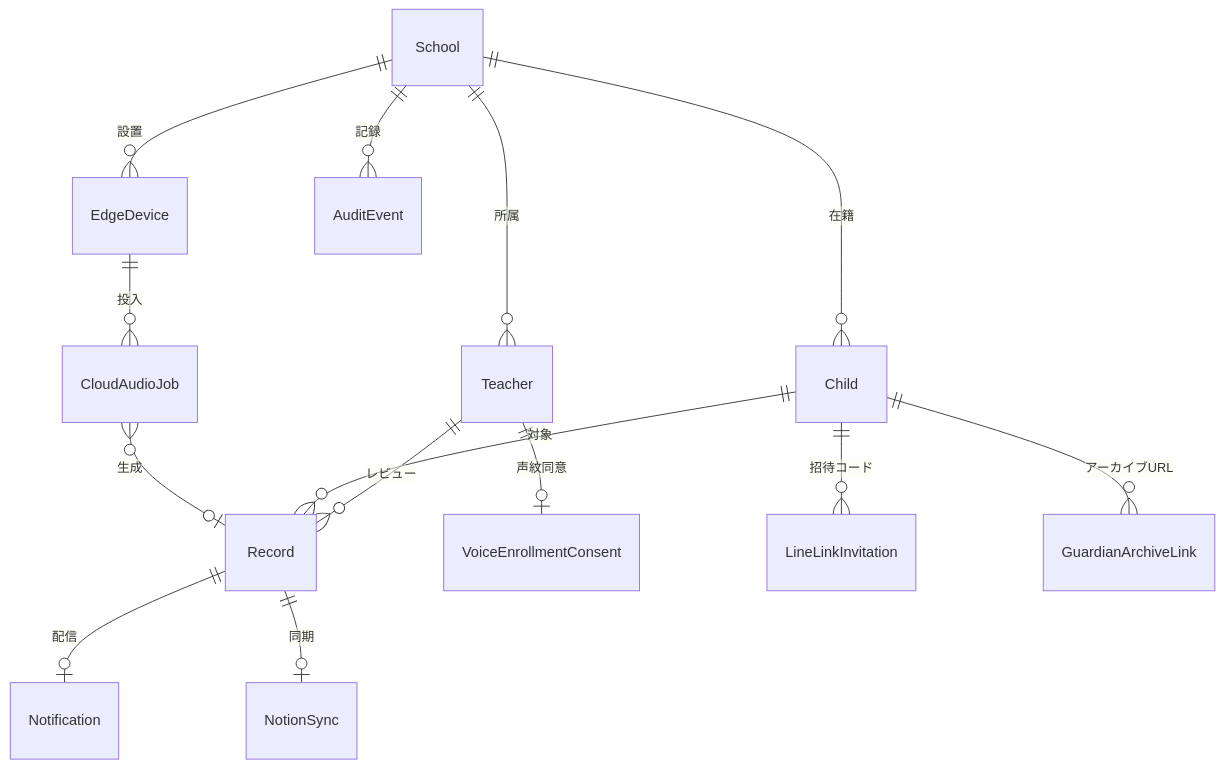
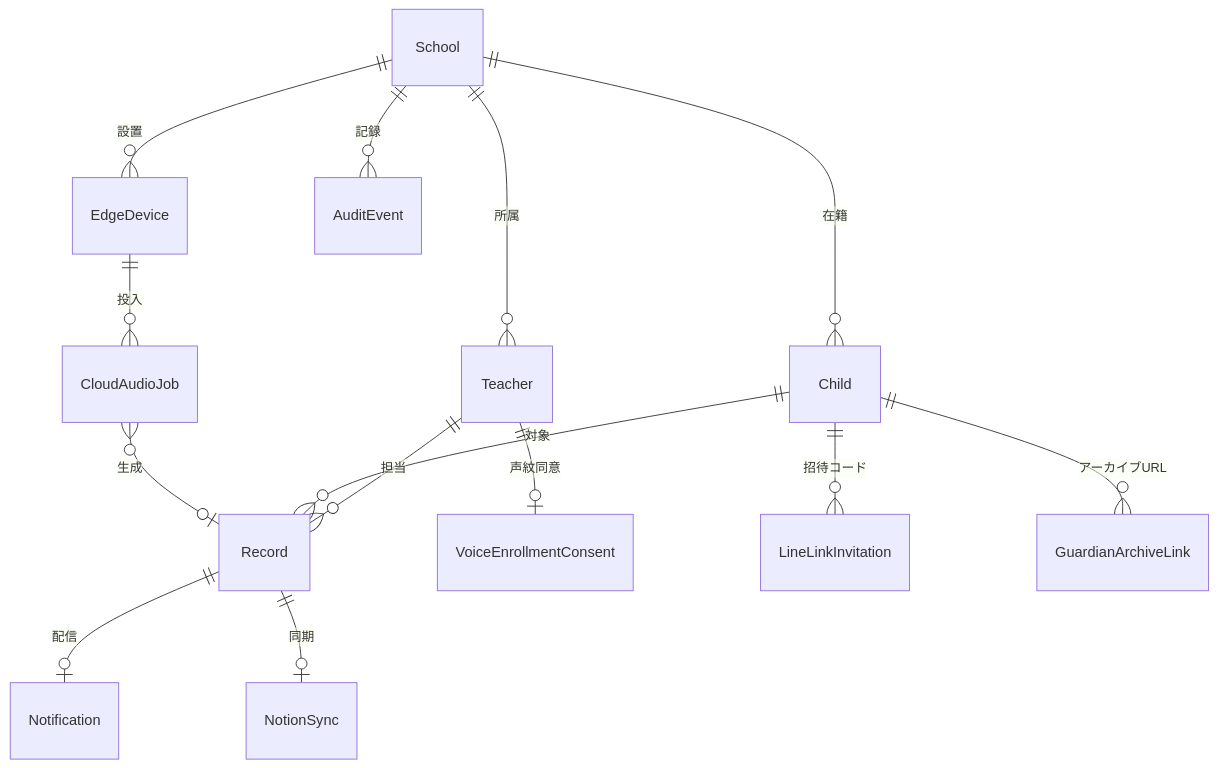
The first of 2 diagrams in docs/architecture/data-model.md (fuji0567/small-step), drawn with Mermaid before and after one commit. The commit also changed other lines of this file and 23 other files, not shown here.

````diff
--- a/docs/architecture/data-model.md
+++ b/docs/architecture/data-model.md
@@ -12,16 +12,16 @@
 ```mermaid
 erDiagram
     School ||--o{ Teacher : "所属"
     School ||--o{ Child : "在籍"
     School ||--o{ EdgeDevice : "設置"
     School ||--o{ AuditEvent : "記録"
-    Teacher ||--o{ Record : "レビュー"
+    Teacher ||--o{ Record : "担当"
     Teacher ||--o| VoiceEnrollmentConsent : "声紋同意"
     Child ||--o{ Record : "対象"
     Child ||--o{ LineLinkInvitation : "招待コード"
     Child ||--o{ GuardianArchiveLink : "アーカイブURL"
     Record ||--o| Notification : "配信"
     Record ||--o| NotionSync : "同期"
     EdgeDevice ||--o{ CloudAudioJob : "投入"
     CloudAudioJob }o--o| Record : "生成"
 ```
````
